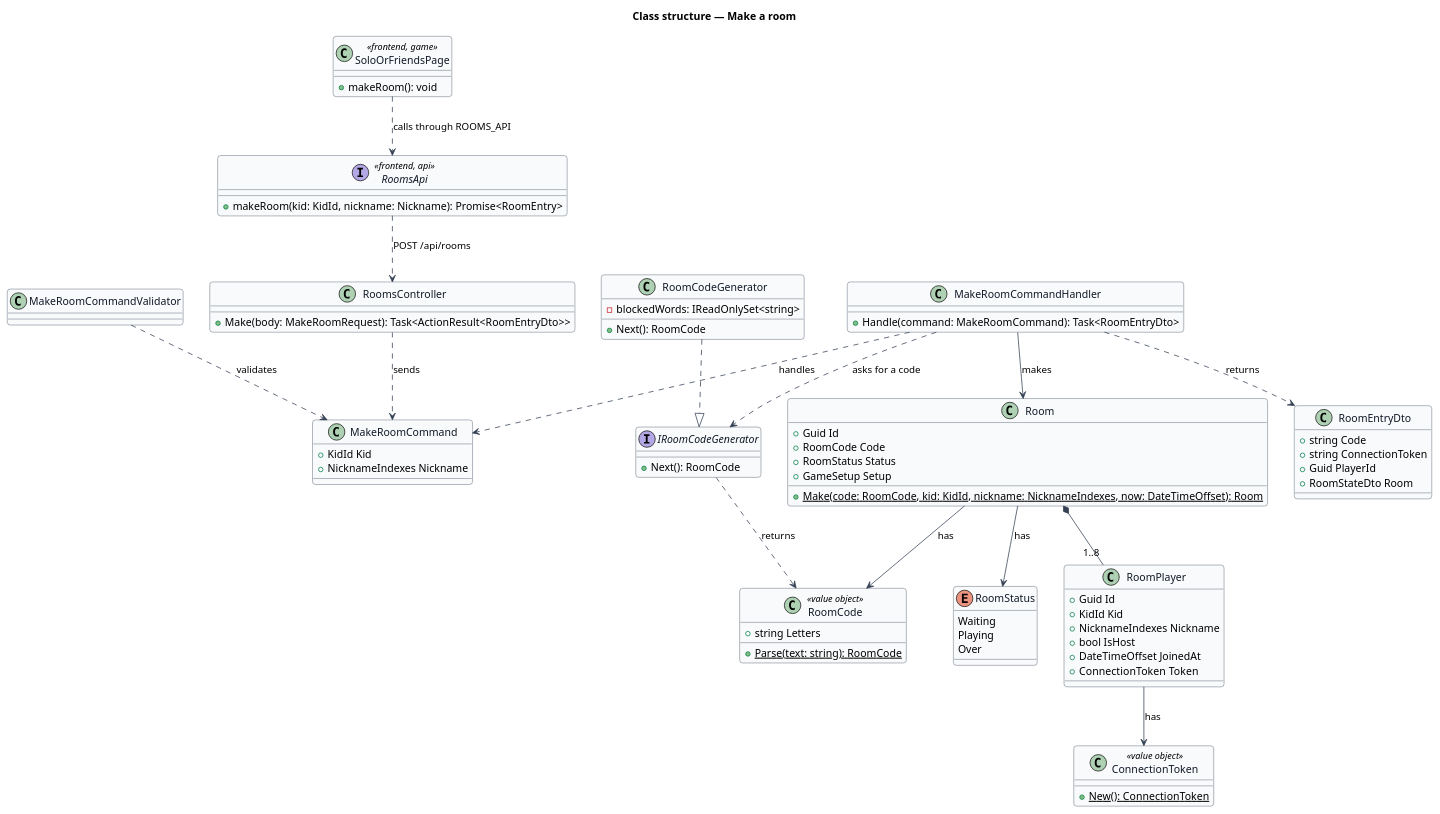
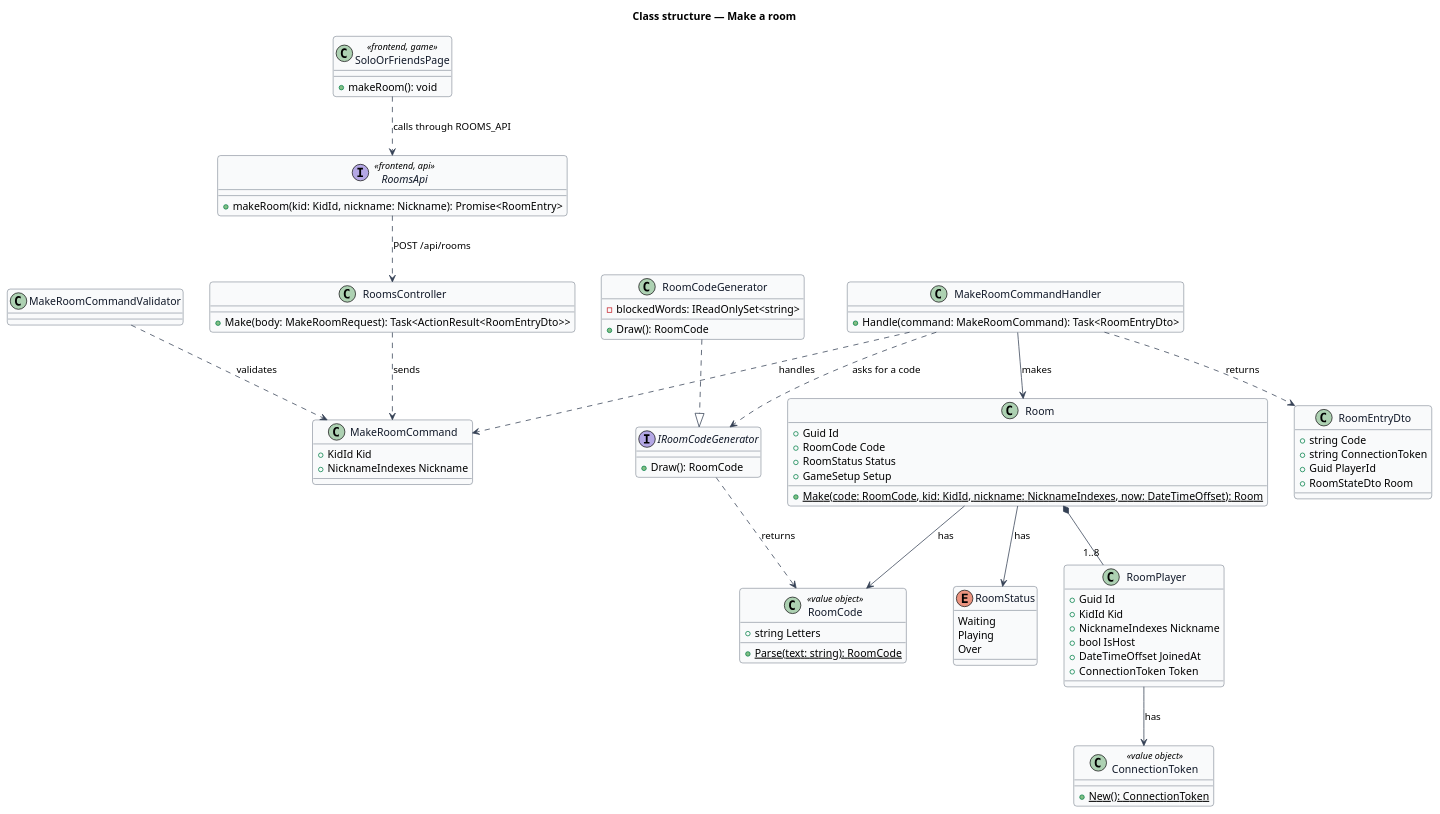
Before and after one commit to QuinntyneBrown/around-the-world: the diagram in docs/detailed-designs/rooms/make-room/diagrams/class-structure.puml, drawn with PlantUML. The commit also changed 46 other files, not shown here.

First line of the commit message:
Make a room through the API: a 4-letter code, the host's token and the room's first state

```diff
--- a/docs/detailed-designs/rooms/make-room/diagrams/class-structure.puml
+++ b/docs/detailed-designs/rooms/make-room/diagrams/class-structure.puml
@@ -1,88 +1,88 @@
 @startuml
 ' --- shared skin header ---
 skinparam backgroundColor #FFFFFF
 skinparam shadowing false
 skinparam roundcorner 8
 skinparam defaultFontName Arial
 skinparam ArrowColor #344054
 skinparam class {
   BorderColor #344054
   FontColor #101828
   BackgroundColor #F9FAFB
 }
 ' --------------------------
 title Class structure — Make a room
 
 class RoomsController {
   +Make(body: MakeRoomRequest): Task<ActionResult<RoomEntryDto>>
 }
 class MakeRoomCommand {
   +KidId Kid
   +NicknameIndexes Nickname
 }
 class MakeRoomCommandValidator
 class MakeRoomCommandHandler {
   +Handle(command: MakeRoomCommand): Task<RoomEntryDto>
 }
 interface IRoomCodeGenerator {
-  +Next(): RoomCode
+  +Draw(): RoomCode
 }
 class RoomCodeGenerator {
   -blockedWords: IReadOnlySet<string>
-  +Next(): RoomCode
+  +Draw(): RoomCode
 }
 class RoomCode <<value object>> {
   +string Letters
   +{static} Parse(text: string): RoomCode
 }
 class Room {
   +Guid Id
   +RoomCode Code
   +RoomStatus Status
   +GameSetup Setup
   +{static} Make(code: RoomCode, kid: KidId, nickname: NicknameIndexes, now: DateTimeOffset): Room
 }
 class RoomPlayer {
   +Guid Id
   +KidId Kid
   +NicknameIndexes Nickname
   +bool IsHost
   +DateTimeOffset JoinedAt
   +ConnectionToken Token
 }
 class ConnectionToken <<value object>> {
   +{static} New(): ConnectionToken
 }
 enum RoomStatus {
   Waiting
   Playing
   Over
 }
 class RoomEntryDto {
   +string Code
   +string ConnectionToken
   +Guid PlayerId
   +RoomStateDto Room
 }
 interface RoomsApi <<frontend, api>> {
   +makeRoom(kid: KidId, nickname: Nickname): Promise<RoomEntry>
 }
 class SoloOrFriendsPage <<frontend, game>> {
   +makeRoom(): void
 }
 
 SoloOrFriendsPage ..> RoomsApi : calls through ROOMS_API
 RoomsApi ..> RoomsController : POST /api/rooms
 RoomsController ..> MakeRoomCommand : sends
 MakeRoomCommandValidator ..> MakeRoomCommand : validates
 MakeRoomCommandHandler ..> MakeRoomCommand : handles
 MakeRoomCommandHandler ..> IRoomCodeGenerator : asks for a code
 RoomCodeGenerator ..|> IRoomCodeGenerator
 IRoomCodeGenerator ..> RoomCode : returns
 MakeRoomCommandHandler --> Room : makes
 MakeRoomCommandHandler ..> RoomEntryDto : returns
 Room *-- "1..8" RoomPlayer
 Room --> RoomCode : has
 Room --> RoomStatus : has
 RoomPlayer --> ConnectionToken : has
 @enduml
```
